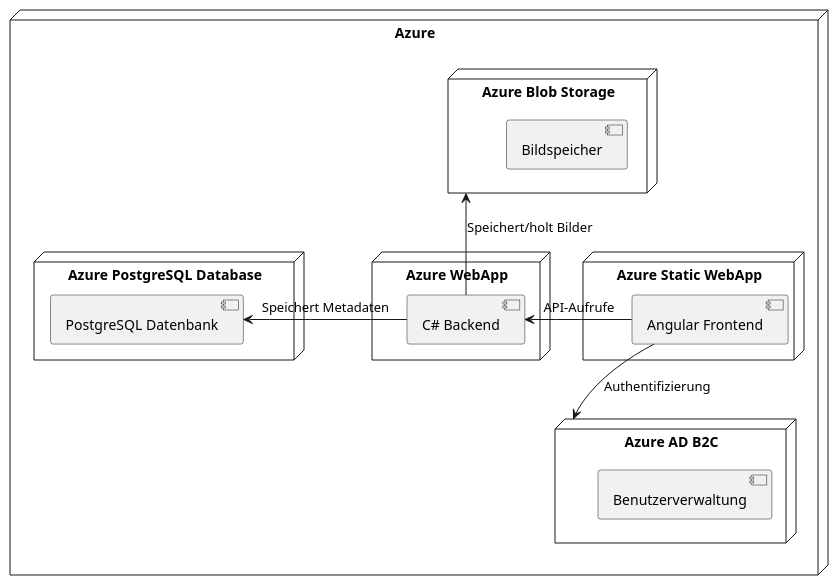
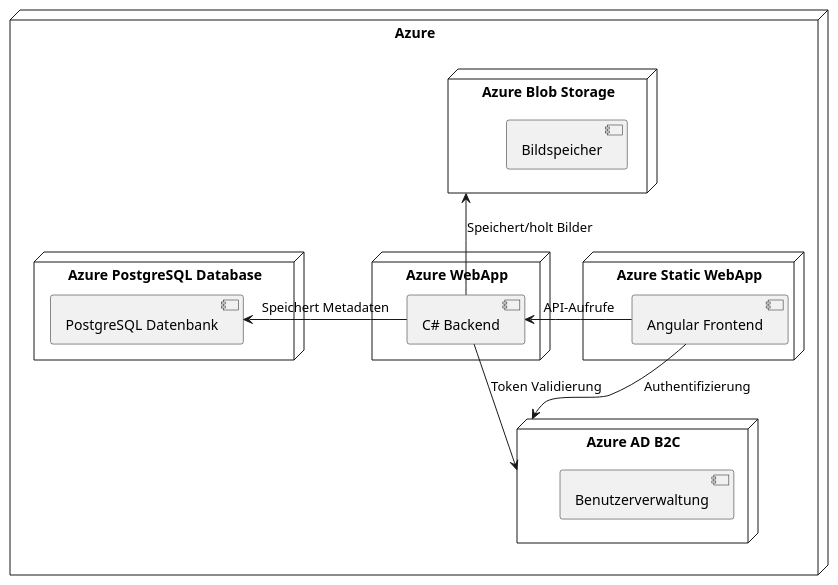
The diagram in puml/architecture-diagram.puml (Memoryland-Diplomarbeit/latex-htl-DA), drawn with PlantUML before and after one commit. The commit also changed 10 other files, not shown here.

```diff
--- a/puml/architecture-diagram.puml
+++ b/puml/architecture-diagram.puml
@@ -1,30 +1,31 @@
 @startuml
 
 node "Azure" {
     node "Azure Static WebApp" {
         [Angular Frontend]
     }
 
     node "Azure AD B2C" {
         [Benutzerverwaltung]
     }
 
     node "Azure WebApp" {
         [C# Backend]
     }
 
     node "Azure Blob Storage" {
         [Bildspeicher]
     }
 
     node "Azure PostgreSQL Database" {
         [PostgreSQL Datenbank]
     }
 }
 
 [Angular Frontend] --> [Azure AD B2C] : Authentifizierung
+[C# Backend] --> [Azure AD B2C] : Token Validierung
 [Angular Frontend] -l-> [C# Backend] : API-Aufrufe
 [C# Backend] -u-> [Azure Blob Storage] : Speichert/holt Bilder
 [C# Backend] -l-> [PostgreSQL Datenbank] : Speichert Metadaten
 
 @enduml
```
